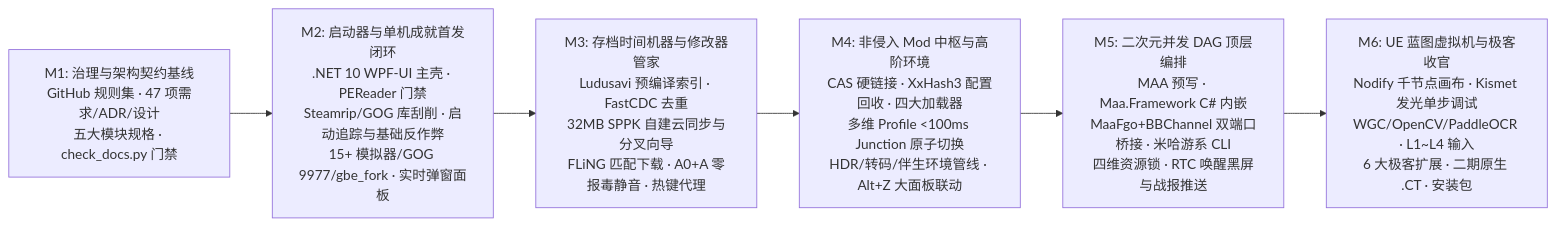
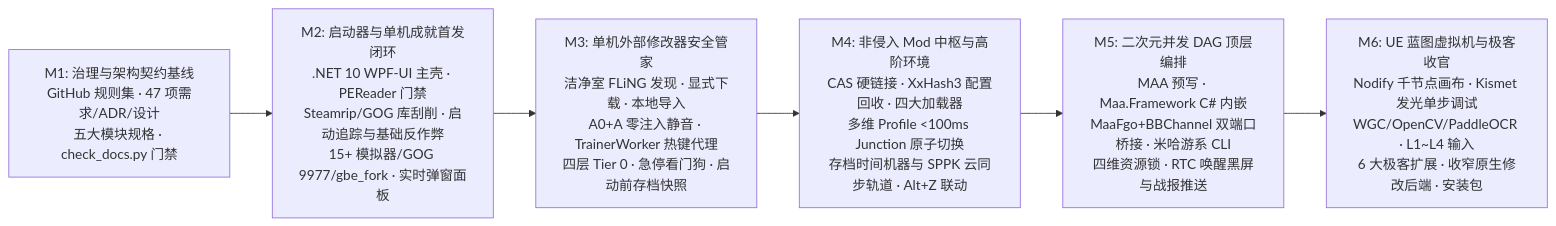
The diagram in docs/engineering/delivery-plan.md (chialecode/spawn), drawn with Mermaid before and after one commit. The commit also changed other lines of this file and 196 other files, not shown here.

````diff
--- a/docs/engineering/delivery-plan.md
+++ b/docs/engineering/delivery-plan.md
@@ -13,8 +13,8 @@
 ```mermaid
 flowchart LR
     M1["M1: 治理与架构契约基线<br/>GitHub 规则集 · 47 项需求/ADR/设计<br/>五大模块规格 · check_docs.py 门禁"] --> M2["M2: 启动器与单机成就首发闭环<br/>.NET 10 WPF-UI 主壳 · PEReader 门禁<br/>Steamrip/GOG 库刮削 · 启动追踪与基础反作弊<br/>15+ 模拟器/GOG 9977/gbe_fork · 实时弹窗面板"]
-    M2 --> M3["M3: 存档时间机器与修改器管家<br/>Ludusavi 预编译索引 · FastCDC 去重<br/>32MB SPPK 自建云同步与分叉向导<br/>FLiNG 匹配下载 · A0+A 零报毒静音 · 热键代理"]
-    M3 --> M4["M4: 非侵入 Mod 中枢与高阶环境<br/>CAS 硬链接 · XxHash3 配置回收 · 四大加载器<br/>多维 Profile <100ms Junction 原子切换<br/>HDR/转码/伴生环境管线 · Alt+Z 大面板联动"]
+    M2 --> M3["M3: 单机外部修改器安全管家<br/>洁净室 FLiNG 发现 · 显式下载 · 本地导入<br/>A0+A 零注入静音 · TrainerWorker 热键代理<br/>四层 Tier 0 · 急停看门狗 · 启动前存档快照"]
+    M3 --> M4["M4: 非侵入 Mod 中枢与高阶环境<br/>CAS 硬链接 · XxHash3 配置回收 · 四大加载器<br/>多维 Profile <100ms Junction 原子切换<br/>存档时间机器与 SPPK 云同步轨道 · Alt+Z 联动"]
     M4 --> M5["M5: 二次元并发 DAG 顶层编排<br/>MAA 预写 · Maa.Framework C# 内嵌<br/>MaaFgo+BBChannel 双端口桥接 · 米哈游系 CLI<br/>四维资源锁 · RTC 唤醒黑屏与战报推送"]
-    M5 --> M6["M6: UE 蓝图虚拟机与极客收官<br/>Nodify 千节点画布 · Kismet 发光单步调试<br/>WGC/OpenCV/PaddleOCR · L1~L4 输入<br/>6 大极客扩展 · 二期原生 .CT · 安装包"]
+    M5 --> M6["M6: UE 蓝图虚拟机与极客收官<br/>Nodify 千节点画布 · Kismet 发光单步调试<br/>WGC/OpenCV/PaddleOCR · L1~L4 输入<br/>6 大极客扩展 · 收窄原生修改后端 · 安装包"]
 ```
````
